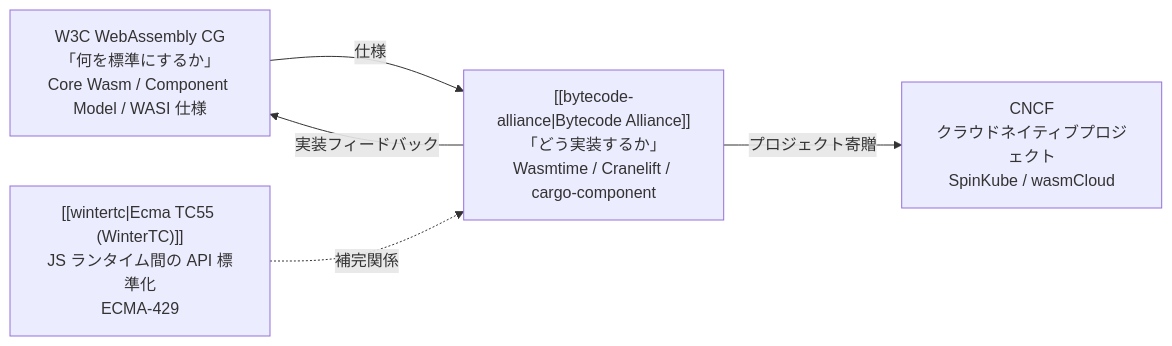
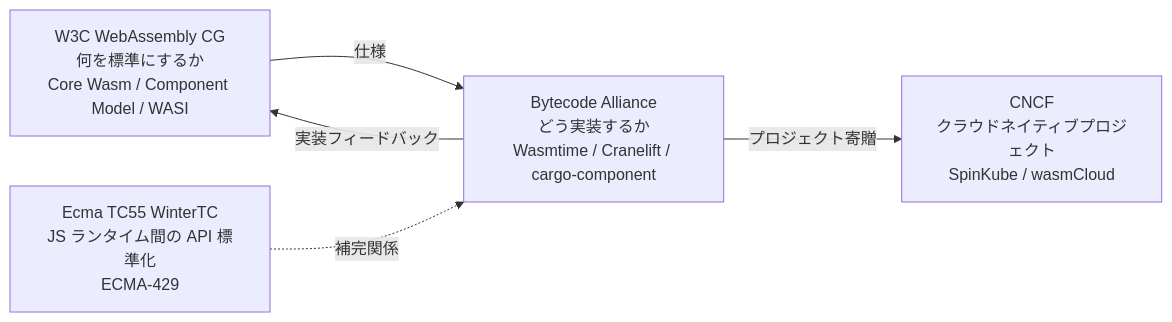
Before and after one commit to O6lvl4/O6lvl4-knowledge: the fourth of 8 diagrams in vault/edge-wasm-landscape.md, drawn with Mermaid. The commit also changed other lines of this file, not shown here.

Commit message:
Remove wikilinks from Mermaid blocks for proper rendering

````diff
--- a/vault/edge-wasm-landscape.md
+++ b/vault/edge-wasm-landscape.md
@@ -133,12 +133,12 @@
 ```mermaid
 graph LR
-    W3C["W3C WebAssembly CG<br/>「何を標準にするか」<br/>Core Wasm / Component Model / WASI 仕様"]
-    BA["[[bytecode-alliance|Bytecode Alliance]]<br/>「どう実装するか」<br/>Wasmtime / Cranelift / cargo-component"]
-    WTC["[[wintertc|Ecma TC55 (WinterTC)]]<br/>JS ランタイム間の API 標準化<br/>ECMA-429"]
+    W3C["W3C WebAssembly CG<br/>何を標準にするか<br/>Core Wasm / Component Model / WASI"]
+    BA["Bytecode Alliance<br/>どう実装するか<br/>Wasmtime / Cranelift / cargo-component"]
+    WTC["Ecma TC55 WinterTC<br/>JS ランタイム間の API 標準化<br/>ECMA-429"]
     CNCF["CNCF<br/>クラウドネイティブプロジェクト<br/>SpinKube / wasmCloud"]
 
     W3C -->|"仕様"| BA
     BA -->|"実装フィードバック"| W3C
     WTC -.->|"補完関係"| BA
     BA -->|"プロジェクト寄贈"| CNCF
 ```
````
